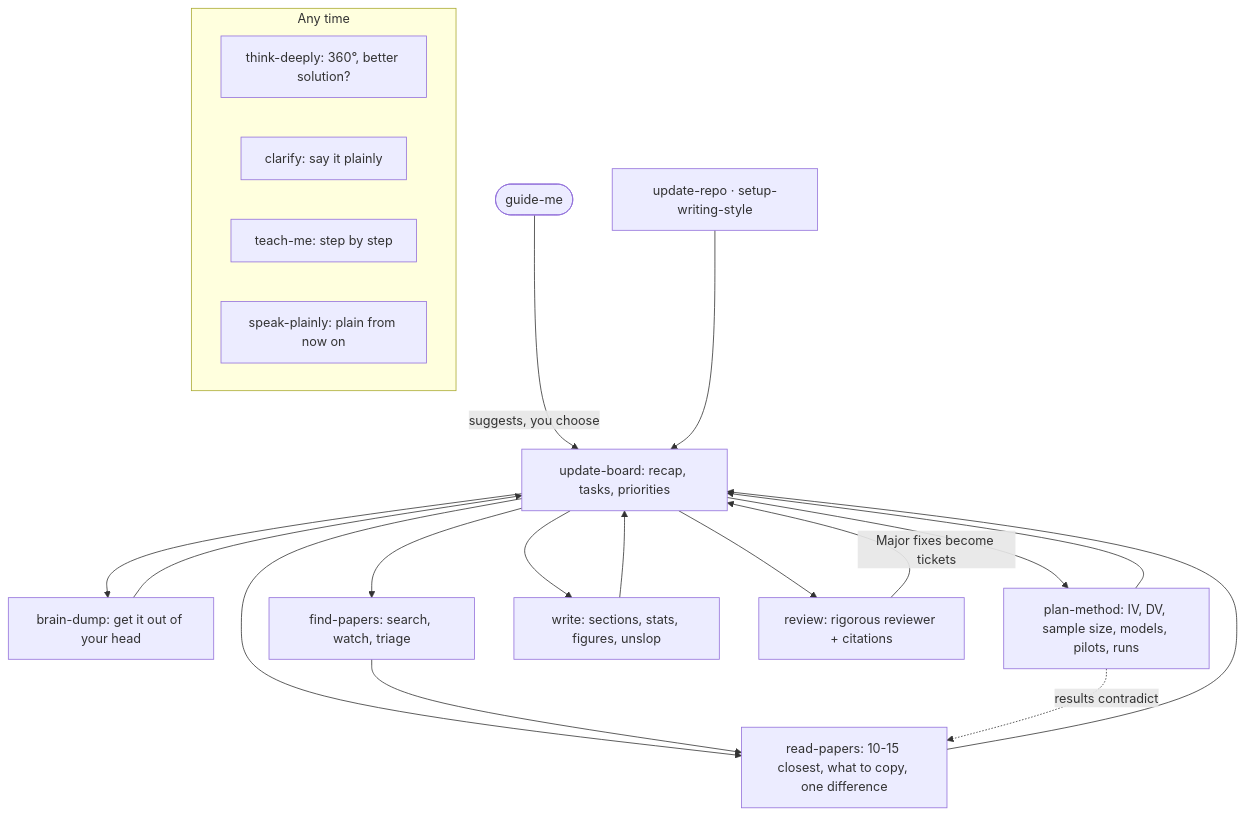
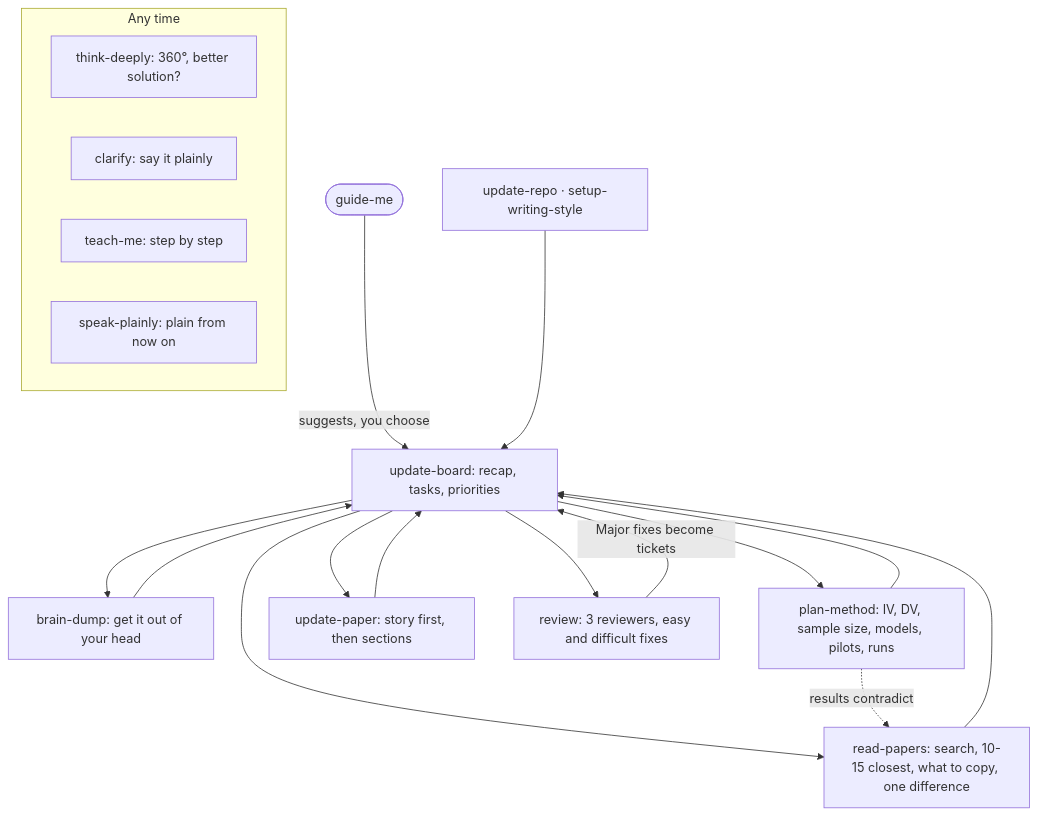
The diagram in docs/how-it-works.md (chaklam-silpasuwanchai/research_skill), drawn with Mermaid before and after one commit. The commit also changed other lines of this file and 38 other files, not shown here.

````diff
--- a/docs/how-it-works.md
+++ b/docs/how-it-works.md
@@ -7,24 +7,22 @@
 ```mermaid
 flowchart TD
   G([guide-me]) -->|suggests, you choose| B[update-board: recap, tasks, priorities]
   S[update-repo · setup-writing-style] --> B
   B --> D[brain-dump: get it out of your head]
-  B --> V[read-papers: 10-15 closest, what to copy, one difference]
-  B --> F[find-papers: search, watch, triage]
+  B --> V[read-papers: search, 10-15 closest, what to copy, one difference]
   B --> M[plan-method: IV, DV, sample size, models, pilots, runs]
-  B --> W[write: sections, stats, figures, unslop]
-  B --> R[review: rigorous reviewer + citations]
+  B --> W[update-paper: story first, then sections]
+  B --> R[review: 3 reviewers, easy and difficult fixes]
   D --> B
   V --> B
-  F --> V
   M --> B
   W --> B
   R -->|Major fixes become tickets| B
   M -. results contradict .-> V
   subgraph anytime[Any time]
     T[think-deeply: 360°, better solution?]
     C[clarify: say it plainly]
     E[teach-me: step by step]
     P[speak-plainly: plain from now on]
   end
 ```
````
